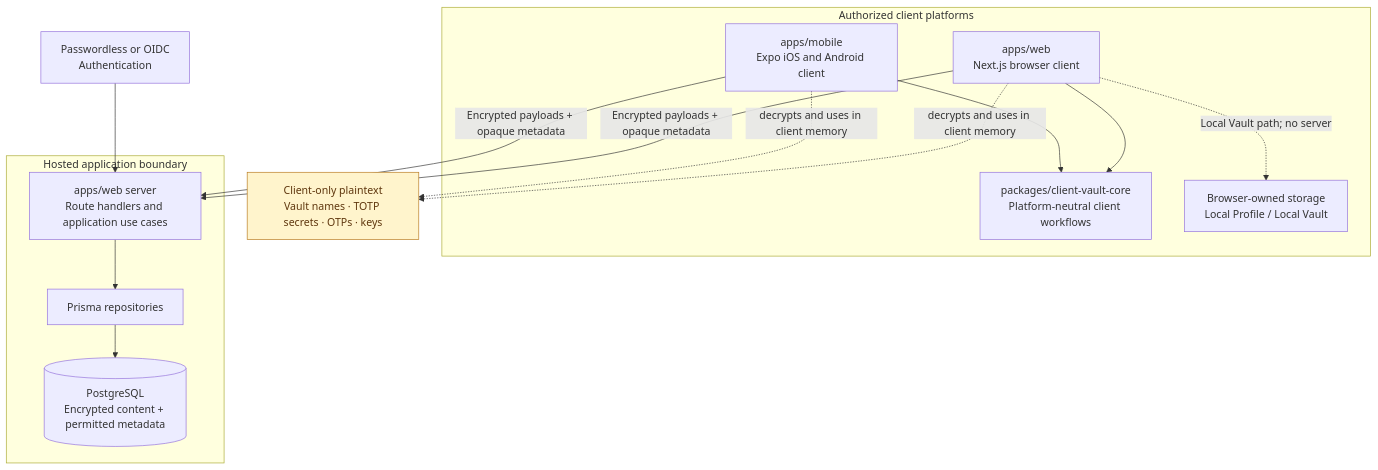
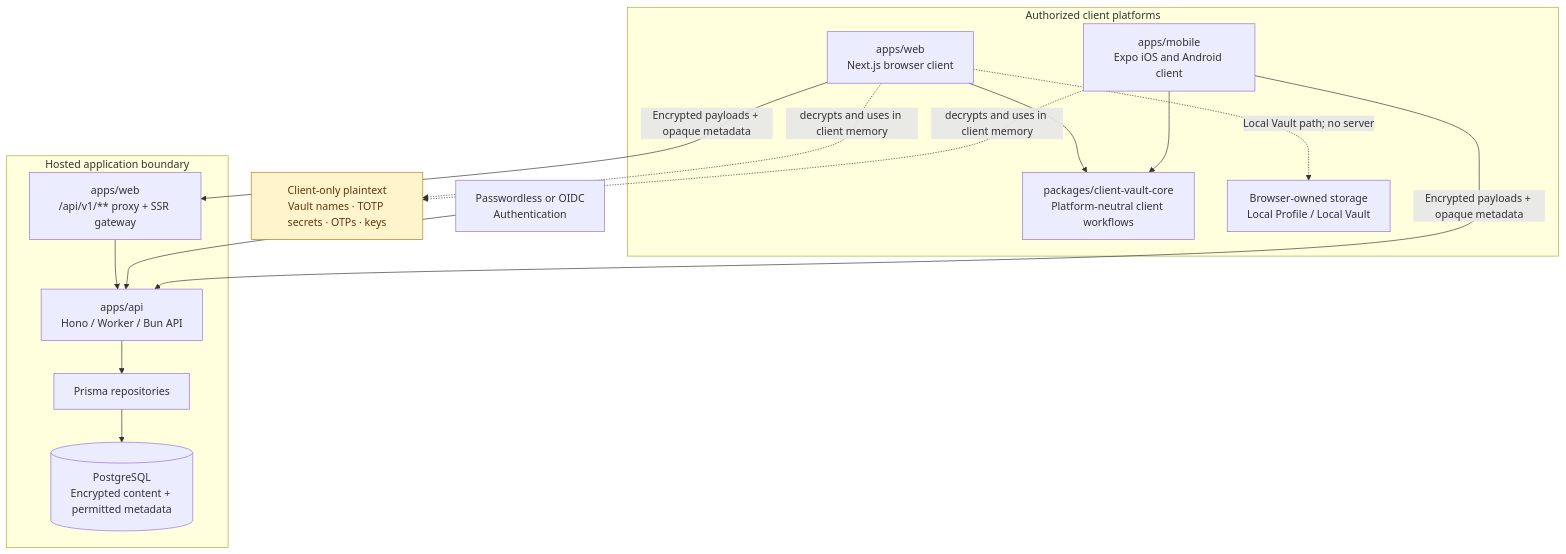
Before and after one commit to arrokh/rhasia-scret: the diagram in README.md, drawn with Mermaid. The commit also changed other lines of this file and 606 other files, not shown here.

````diff
--- a/README.md
+++ b/README.md
@@ -33,29 +35,31 @@
 ```mermaid
 flowchart TB
     subgraph clients["Authorized client platforms"]
         browser["apps/web<br/>Next.js browser client"]
         mobile["apps/mobile<br/>Expo iOS and Android client"]
         core["packages/client-vault-core<br/>Platform-neutral client workflows"]
         local["Browser-owned storage<br/>Local Profile / Local Vault"]
         browser --> core
         mobile --> core
         browser -. "Local Vault path; no server" .-> local
     end
 
     subgraph hosted["Hosted application boundary"]
-        routes["apps/web server<br/>Route handlers and application use cases"]
+        api["apps/api<br/>Hono / Worker / Bun API"]
         prisma["Prisma repositories"]
         database[("PostgreSQL<br/>Encrypted content + permitted metadata")]
-        routes --> prisma --> database
+        proxy["apps/web<br/>/api/v1/** proxy + SSR gateway"]
+        proxy --> api
+        api --> prisma --> database
     end
 
-    auth["Passwordless or OIDC<br/>Authentication"] --> routes
-    browser -- "Encrypted payloads + opaque metadata" --> routes
-    mobile -- "Encrypted payloads + opaque metadata" --> routes
+    auth["Passwordless or OIDC<br/>Authentication"] --> api
+    browser -- "Encrypted payloads + opaque metadata" --> proxy
+    mobile -- "Encrypted payloads + opaque metadata" --> api
     plaintext["Client-only plaintext<br/>Vault names · TOTP secrets · OTPs · keys"]:::clientOnly
     browser -. "decrypts and uses in client memory" .-> plaintext
     mobile -. "decrypts and uses in client memory" .-> plaintext
 
     classDef clientOnly fill:#fff4cc,stroke:#b7791f,color:#5f370e;
     classDef hosted fill:#edf2f7,stroke:#4a5568,color:#1a202c;
 ```
````
